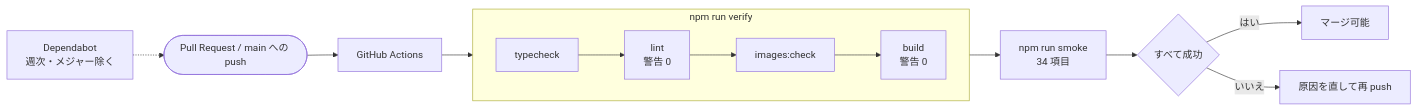
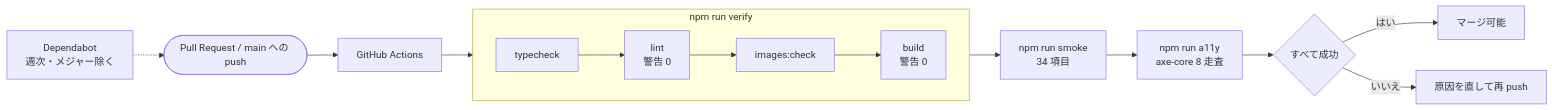
The eighth of 10 diagrams in README.md (bright-broom/tatsumi), drawn with Mermaid before and after one commit. The commit also changed other lines of this file and 9 other files, not shown here.

First line of the commit message:
Run axe accessibility checks in CI (#14)

````diff
--- a/README.md
+++ b/README.md
@@ -284,14 +285,15 @@
 ```mermaid
 flowchart LR
   subgraph verify["npm run verify"]
     direction LR
     t["typecheck"] --> l["lint<br/>警告 0"] --> i["images:check"] --> b["build<br/>警告 0"]
   end
   pr(["Pull Request / main への push"]) --> ci["GitHub Actions"]
   ci --> verify
   verify --> sm["npm run smoke<br/>34 項目"]
-  sm --> ok{"すべて成功"}
+  sm --> ax["npm run a11y<br/>axe-core 8 走査"]
+  ax --> ok{"すべて成功"}
   ok -->|"はい"| merge["マージ可能"]
   ok -->|"いいえ"| fix["原因を直して再 push"]
   dep["Dependabot<br/>週次・メジャー除く"] -.-> pr
 ```
````
